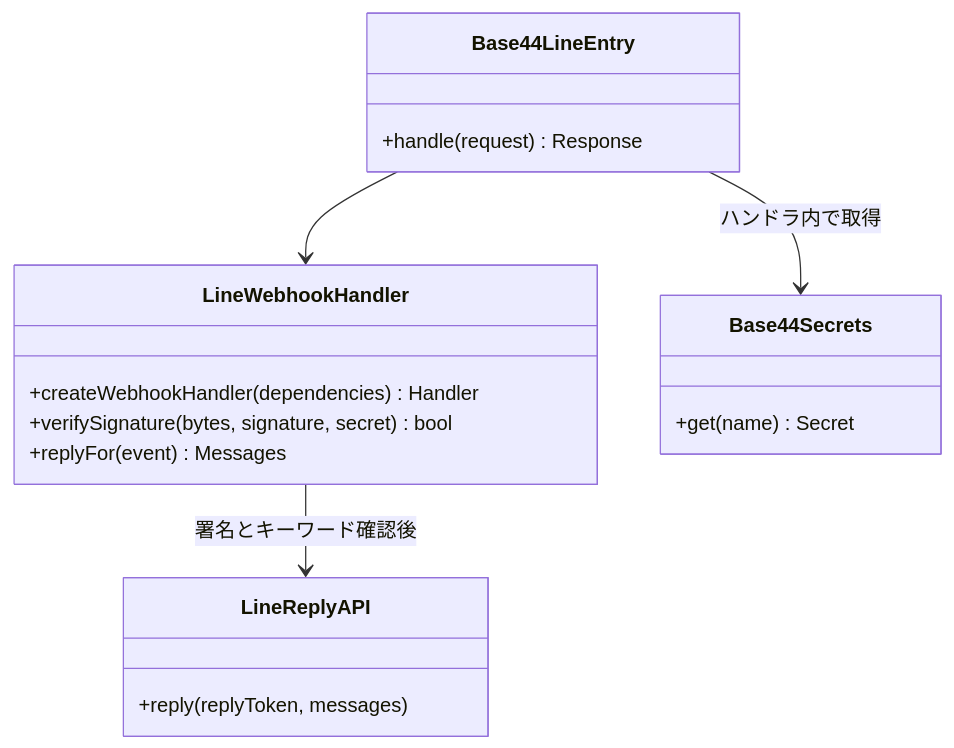
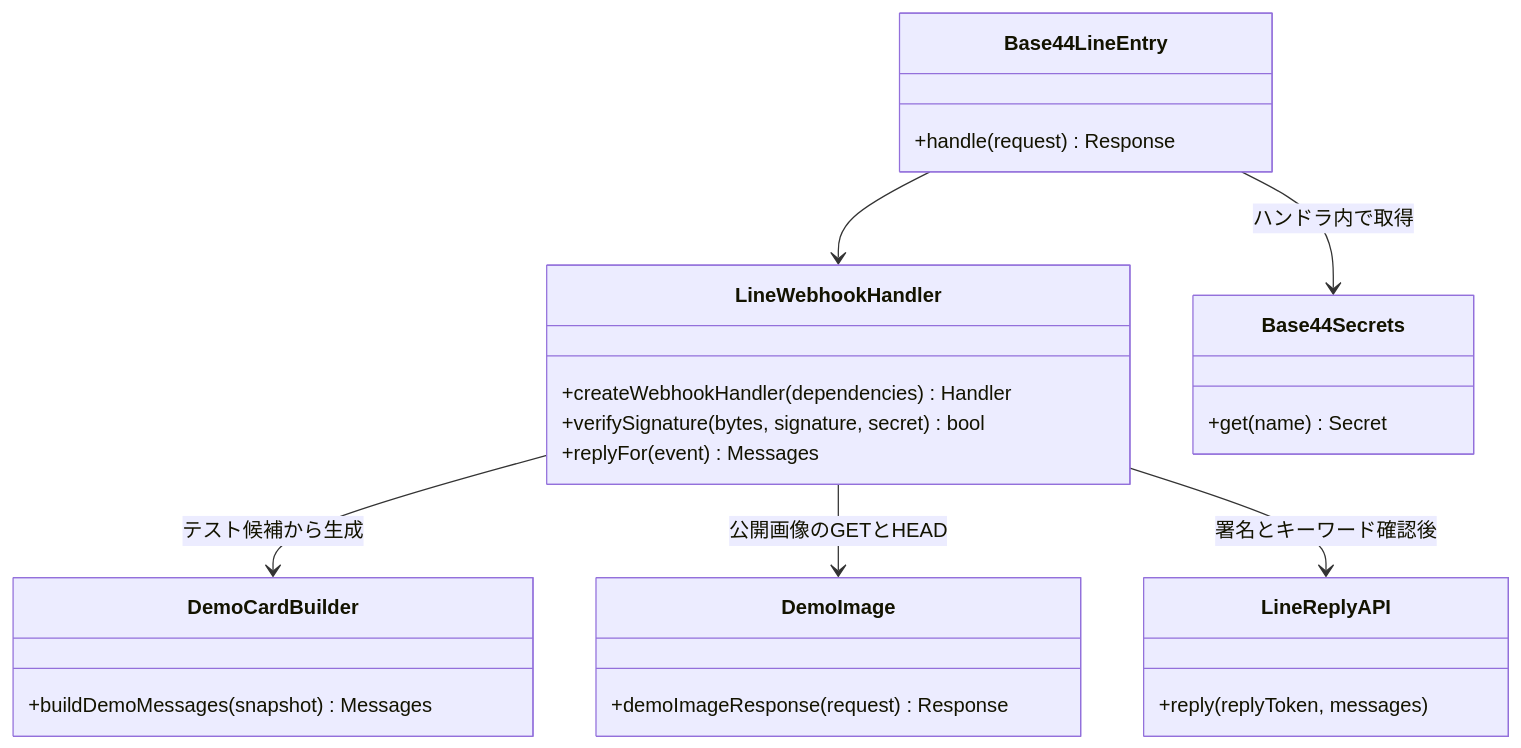
One commit to jphacks/sd_2602 changed the fourth of 5 diagrams in architecture.md. Above: the diagram before and after it, drawn with Mermaid. The commit also changed other lines of this file and 12 other files, not shown here.

```diff
--- a/architecture.md
+++ b/architecture.md
@@ -261,20 +261,28 @@
 ~~~mermaid
 classDiagram
     class Base44LineEntry {
         +handle(request) Response
     }
     class LineWebhookHandler {
         +createWebhookHandler(dependencies) Handler
         +verifySignature(bytes, signature, secret) bool
         +replyFor(event) Messages
     }
+    class DemoCardBuilder {
+        +buildDemoMessages(snapshot) Messages
+    }
+    class DemoImage {
+        +demoImageResponse(request) Response
+    }
     class Base44Secrets {
         +get(name) Secret
     }
     class LineReplyAPI {
         +reply(replyToken, messages)
     }
     Base44LineEntry --> LineWebhookHandler
+    LineWebhookHandler --> DemoCardBuilder : テスト候補から生成
+    LineWebhookHandler --> DemoImage : 公開画像のGETとHEAD
     Base44LineEntry --> Base44Secrets : ハンドラ内で取得
     LineWebhookHandler --> LineReplyAPI : 署名とキーワード確認後
 ~~~
```
